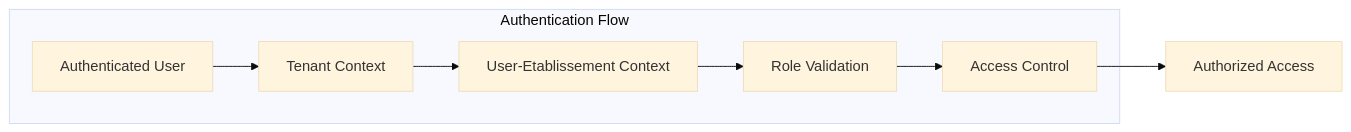
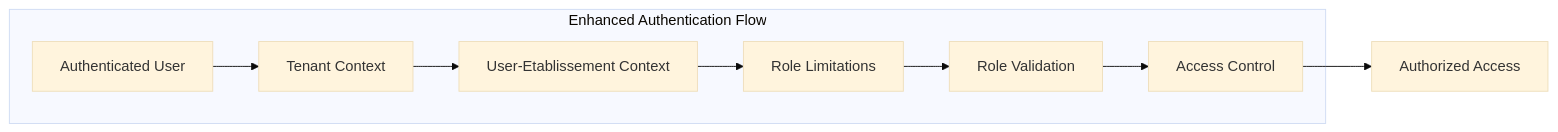
One commit to franckylab/eLISAschool changed diagram 16 of 18 in .qoder/repowiki/en/content/Modules & Features/Administrative Modules/Establishment Management.md. Above: the diagram before and after it, drawn with Mermaid (base theme). The commit also changed other lines of this file and 67 other files, not shown here.

````diff
--- a/.qoder/repowiki/en/content/Modules & Features/Administrative Modules/Establishment Management.md
+++ b/.qoder/repowiki/en/content/Modules & Features/Administrative Modules/Establishment Management.md
@@ -542,15 +720,17 @@
 ```mermaid
 graph LR
-subgraph "Authentication Flow"
+subgraph "Enhanced Authentication Flow"
 User["Authenticated User"]
 Tenant["Tenant Context"]
 UserEtab["User-Etablissement Context"]
+RoleLimitations["Role Limitations"]
 Role["Role Validation"]
 Access["Access Control"]
 end
 User --> Tenant
 Tenant --> UserEtab
-UserEtab --> Role
+UserEtab --> RoleLimitations
+RoleLimitations --> Role
 Role --> Access
 Access --> Success["Authorized Access"]
 ```
````
